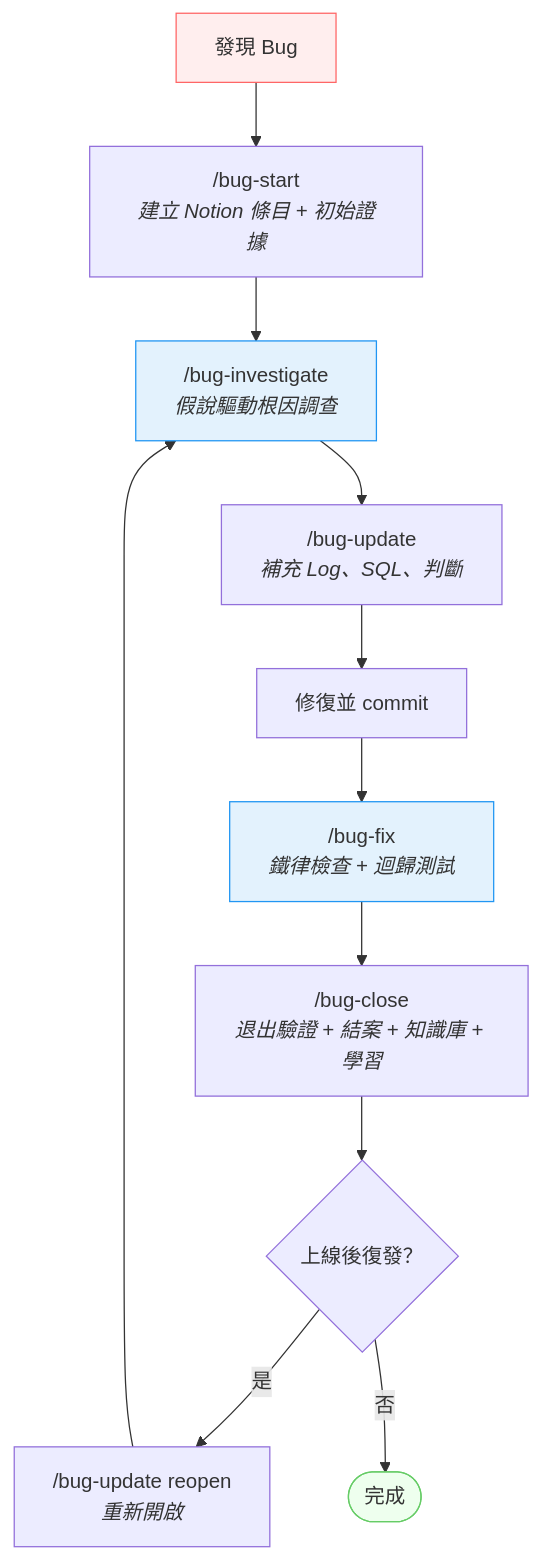
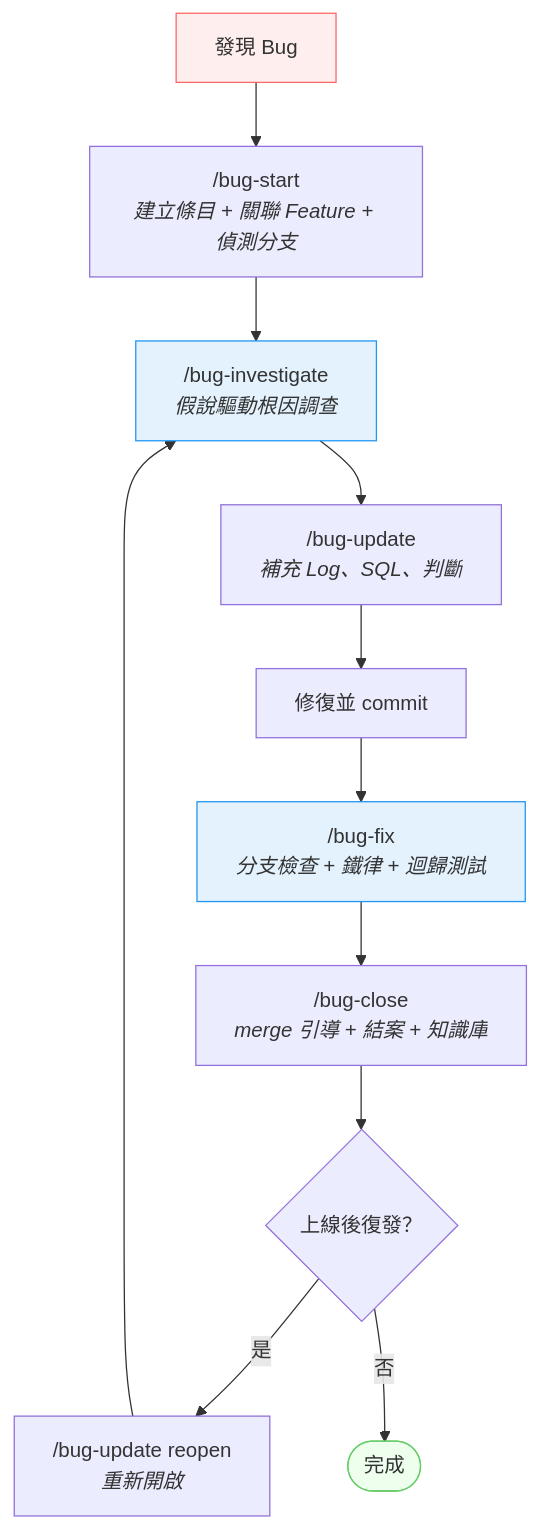
Before and after one commit to Stcfinch/crew: the diagram in plugins/bug-workflow/README.md, drawn with Mermaid. The commit also changed other lines of this file and 5 other files, not shown here.

First line of the commit message:
chore(bug-workflow,feature-workflow): 升版至 bug-workflow v3.7.0 + feature-workflow v4.15.0

````diff
--- a/plugins/bug-workflow/README.md
+++ b/plugins/bug-workflow/README.md
@@ -78,21 +78,21 @@
 ```mermaid
 flowchart TD
     discover["發現 Bug"]
-    start["/bug-start<br/><i>建立 Notion 條目 + 初始證據</i>"]
+    start["/bug-start<br/><i>建立條目 + 關聯 Feature + 偵測分支</i>"]
     investigate["/bug-investigate<br/><i>假說驅動根因調查</i>"]
     update["/bug-update<br/><i>補充 Log、SQL、判斷</i>"]
     fix["修復並 commit"]
-    bugfix["/bug-fix<br/><i>鐵律檢查 + 迴歸測試</i>"]
-    close["/bug-close<br/><i>退出驗證 + 結案 + 知識庫 + 學習</i>"]
+    bugfix["/bug-fix<br/><i>分支檢查 + 鐵律 + 迴歸測試</i>"]
+    close["/bug-close<br/><i>merge 引導 + 結案 + 知識庫</i>"]
     reopen{上線後復發？}
     reopenCmd["/bug-update reopen<br/><i>重新開啟</i>"]
 
     discover --> start --> investigate --> update --> fix --> bugfix --> close --> reopen
     reopen -- "是" --> reopenCmd --> investigate
     reopen -- "否" --> done(["完成"])
 
     style discover fill:#fee,stroke:#f66
     style done fill:#efe,stroke:#6c6
     style investigate fill:#e3f2fd,stroke:#2196f3
     style bugfix fill:#e3f2fd,stroke:#2196f3
 ```
````
